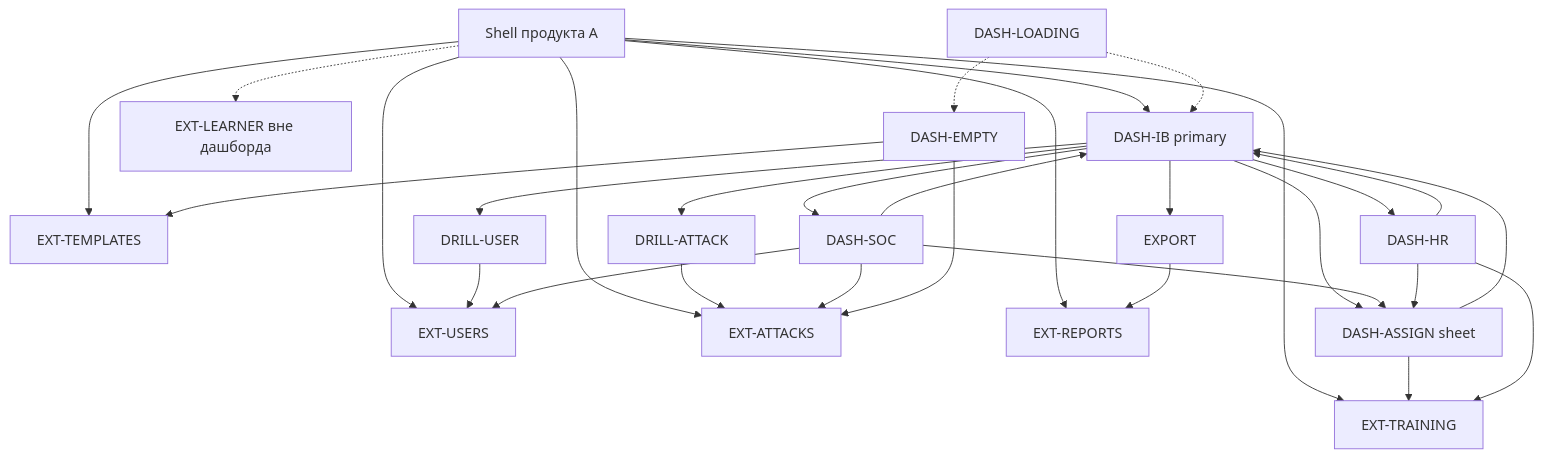
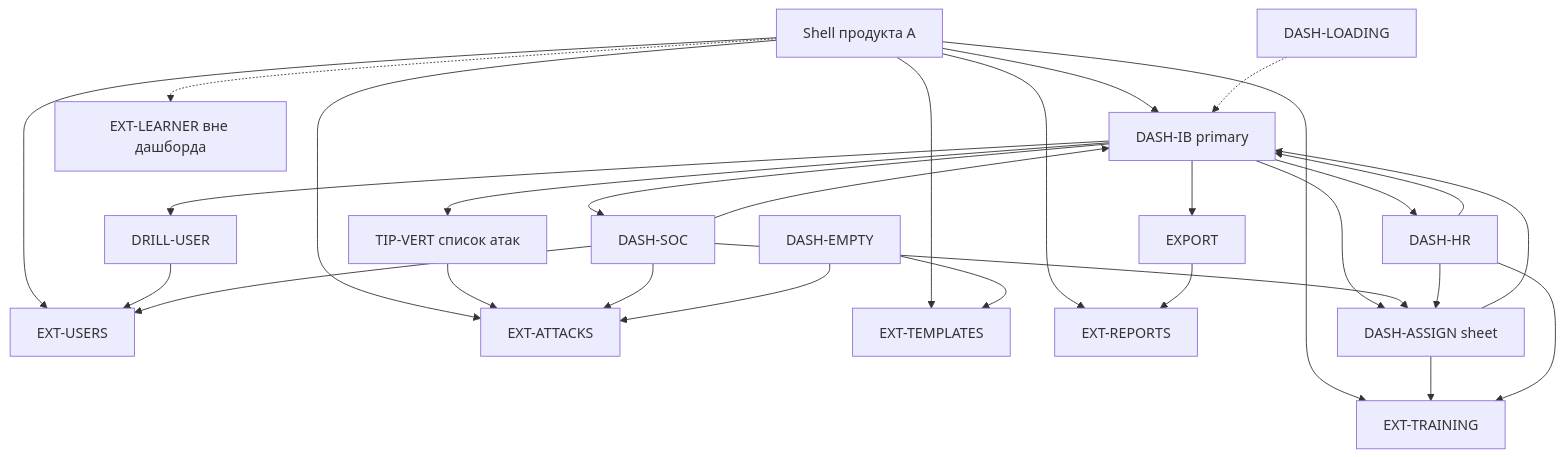
Before and after one commit to Annyorin/MyPortfolio: the diagram in design/04-prototype/flows/dashboard-ia.md, drawn with Mermaid. The commit also changed other lines of this file and 74 other files, not shown here.

````diff
--- a/design/04-prototype/flows/dashboard-ia.md
+++ b/design/04-prototype/flows/dashboard-ia.md
@@ -89,38 +97,38 @@
 ```mermaid
 flowchart TB
   SHELL[Shell продукта А]
   SHELL --> DASH_IB[DASH-IB primary]
   SHELL --> EXT_USERS[EXT-USERS]
   SHELL --> EXT_ATTACKS[EXT-ATTACKS]
   SHELL --> EXT_TEMPLATES[EXT-TEMPLATES]
   SHELL --> EXT_TRAINING[EXT-TRAINING]
   SHELL --> EXT_REPORTS[EXT-REPORTS]
   SHELL -.-> EXT_LEARNER[EXT-LEARNER вне дашборда]
 
   DASH_IB --> DASH_HR[DASH-HR]
   DASH_IB --> DASH_SOC[DASH-SOC]
   DASH_HR --> DASH_IB
   DASH_SOC --> DASH_IB
 
+  DASH_IB --> TIP_VERT[TIP-VERT список атак]
+  TIP_VERT --> EXT_ATTACKS
+
   DASH_IB --> DASH_ASSIGN[DASH-ASSIGN sheet]
   DASH_SOC --> DASH_ASSIGN
   DASH_HR --> DASH_ASSIGN
   DASH_ASSIGN --> DASH_IB
   DASH_ASSIGN --> EXT_TRAINING
 
   DASH_IB --> EXPORT[EXPORT]
   EXPORT --> EXT_REPORTS
 
-  DASH_IB --> DRILL_ATTACK[DRILL-ATTACK]
-  DRILL_ATTACK --> EXT_ATTACKS
   DASH_IB --> DRILL_USER[DRILL-USER]
   DRILL_USER --> EXT_USERS
   DASH_SOC --> EXT_USERS
   DASH_SOC --> EXT_ATTACKS
   DASH_HR --> EXT_TRAINING
 
   DASH_EMPTY[DASH-EMPTY] --> EXT_ATTACKS
   DASH_EMPTY --> EXT_TEMPLATES
   DASH_LOADING[DASH-LOADING] -.-> DASH_IB
-  DASH_LOADING -.-> DASH_EMPTY
 ```
````
